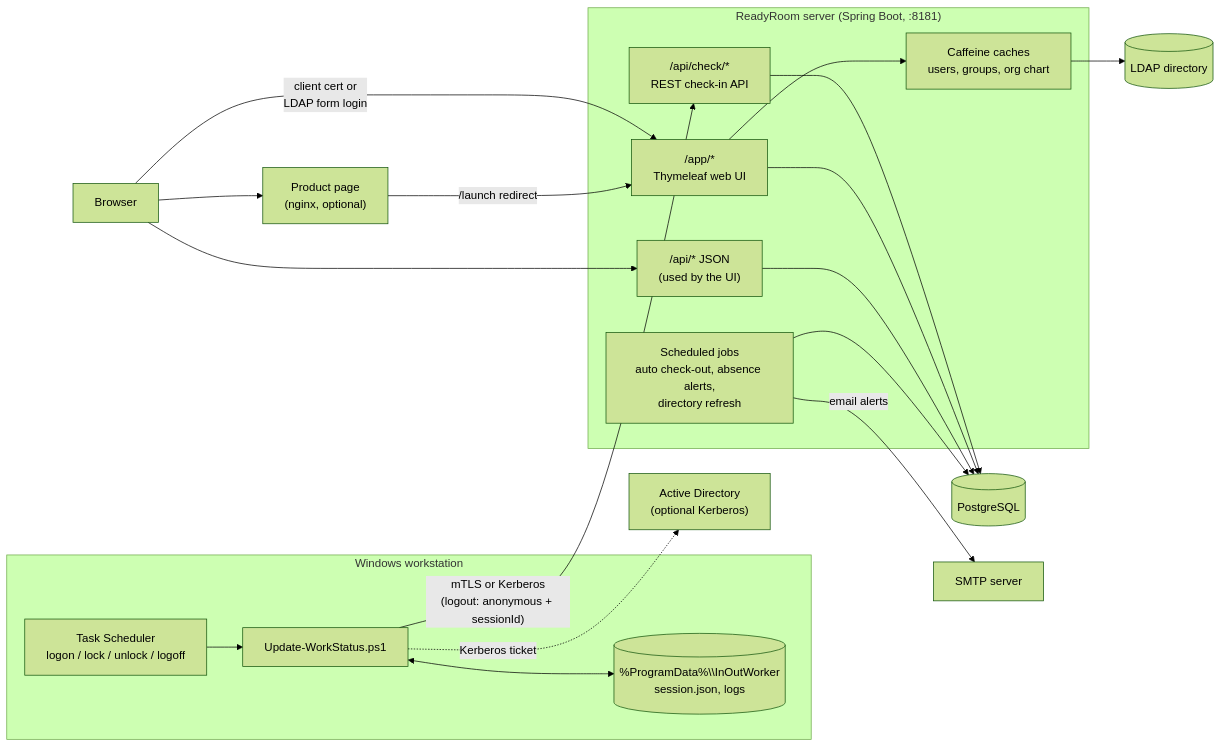
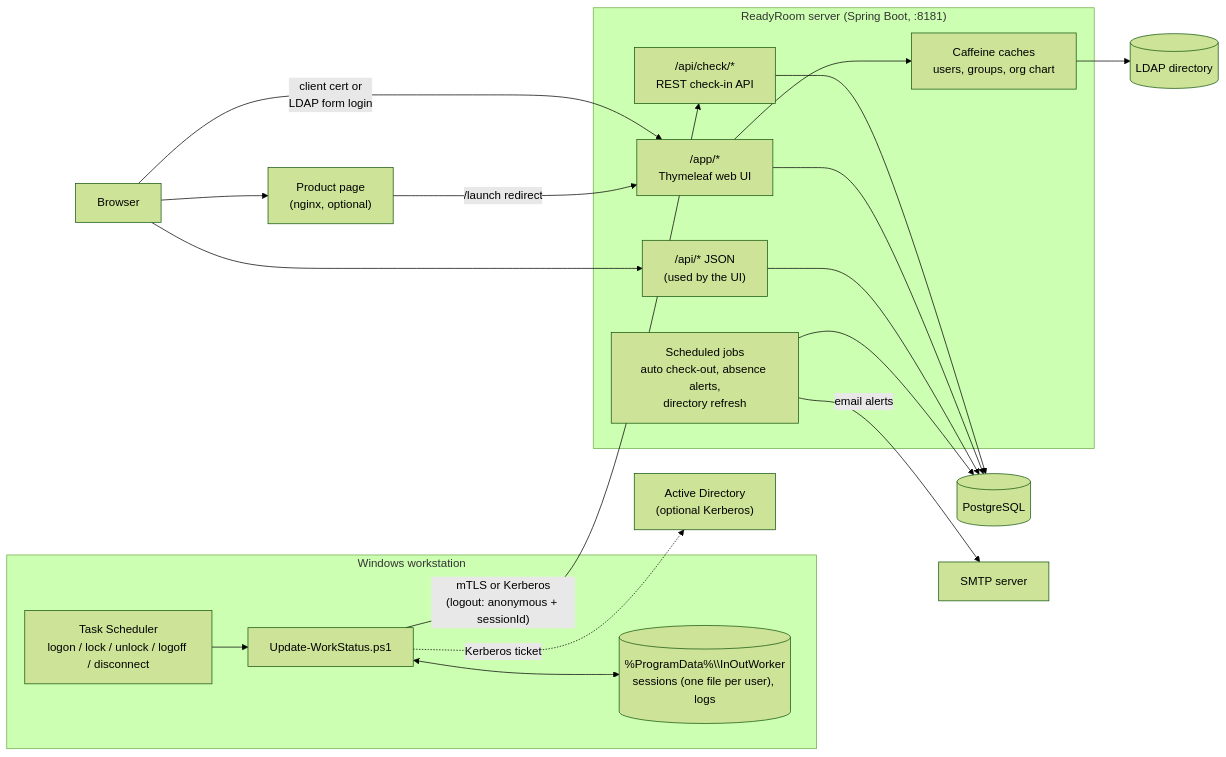
One commit to winllc/ens-apps-documentation changed the first of 2 diagrams in docs/readyroom/index.md. Above: the diagram before and after it, drawn with Mermaid (forest theme). The commit also changed other lines of this file and 9 other files, not shown here.

````diff
--- a/docs/readyroom/index.md
+++ b/docs/readyroom/index.md
@@ -41,39 +41,39 @@
 ```mermaid
 flowchart LR
     subgraph WS["Windows workstation"]
-        TS["Task Scheduler<br/>logon / lock / unlock / logoff"]
+        TS["Task Scheduler<br/>logon / lock / unlock / logoff / disconnect"]
         PS["Update-WorkStatus.ps1"]
-        SF[("%ProgramData%\\InOutWorker<br/>session.json, logs")]
+        SF[("%ProgramData%\\InOutWorker<br/>sessions (one file per user), logs")]
         TS --> PS
         PS <--> SF
     end
 
     subgraph SRV["ReadyRoom server (Spring Boot, :8181)"]
         API["/api/check/*<br/>REST check-in API"]
         UI["/app/*<br/>Thymeleaf web UI"]
         REST["/api/* JSON<br/>(used by the UI)"]
         JOBS["Scheduled jobs<br/>auto check-out, absence alerts,<br/>directory refresh"]
         CACHE["Caffeine caches<br/>users, groups, org chart"]
     end
 
     BR["Browser"]
     PG[("PostgreSQL")]
     LDAP[("LDAP directory")]
     SMTP["SMTP server"]
     KDC["Active Directory<br/>(optional Kerberos)"]
     SITE["Product page<br/>(nginx, optional)"]
 
     PS -- "mTLS or Kerberos<br/>(logout: anonymous + sessionId)" --> API
     BR -- "client cert or<br/>LDAP form login" --> UI
     BR --> REST
     BR --> SITE
     SITE -- "/launch redirect" --> UI
     API --> PG
     UI --> PG
     REST --> PG
     JOBS --> PG
     CACHE --> LDAP
     UI --> CACHE
     JOBS -- "email alerts" --> SMTP
     PS -. "Kerberos ticket" .-> KDC
 ```
````
